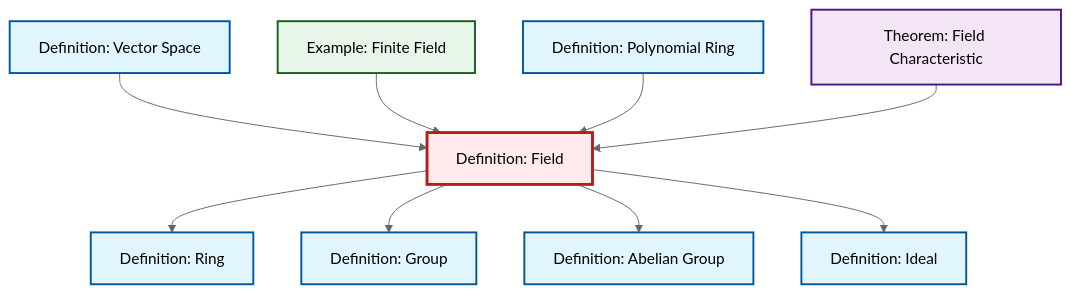
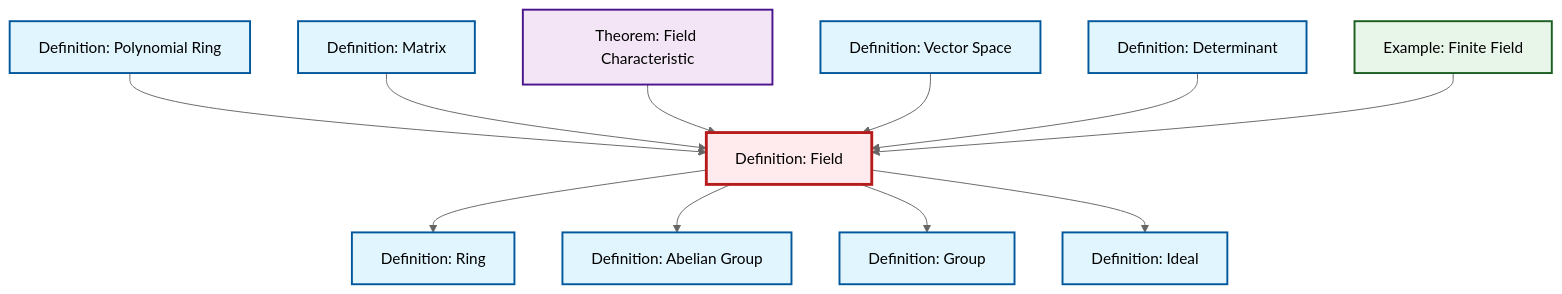
Before and after one commit to RK0429/ModernMath: the diagram in content/ja/algebra/def-field.qmd, drawn with Mermaid (neutral theme). The commit also changed 531 other files, not shown here.

````diff
--- a/content/ja/algebra/def-field.qmd
+++ b/content/ja/algebra/def-field.qmd
@@ -58,35 +58,41 @@
 ```{mermaid}
 %%| fig-cap: "Local dependency graph"
 graph TD
     classDef definition fill:#e1f5fe,stroke:#01579b,stroke-width:2px
     classDef theorem fill:#f3e5f5,stroke:#4a148c,stroke-width:2px
     classDef axiom fill:#fff3e0,stroke:#e65100,stroke-width:2px
     classDef example fill:#e8f5e9,stroke:#1b5e20,stroke-width:2px
     classDef current fill:#ffebee,stroke:#b71c1c,stroke-width:3px
+    def-ideal["Definition: Ideal"]:::definition
+    def-abelian-group["Definition: Abelian Group"]:::definition
+    ex-finite-field["Example: Finite Field"]:::example
     def-field["Definition: Field"]:::definition
-    def-ideal["Definition: Ideal"]:::definition
+    def-determinant["Definition: Determinant"]:::definition
+    def-group["Definition: Group"]:::definition
+    thm-field-characteristic["Theorem: Field Characteristic"]:::theorem
     def-vector-space["Definition: Vector Space"]:::definition
+    def-matrix["Definition: Matrix"]:::definition
     def-ring["Definition: Ring"]:::definition
-    def-group["Definition: Group"]:::definition
-    ex-finite-field["Example: Finite Field"]:::example
-    def-abelian-group["Definition: Abelian Group"]:::definition
     def-polynomial-ring["Definition: Polynomial Ring"]:::definition
-    thm-field-characteristic["Theorem: Field Characteristic"]:::theorem
+    def-field --> def-ring
+    def-polynomial-ring --> def-field
+    def-matrix --> def-field
+    thm-field-characteristic --> def-field
+    def-field --> def-abelian-group
     def-vector-space --> def-field
-    def-field --> def-ring
+    def-determinant --> def-field
+    def-field --> def-group
+    def-field --> def-ideal
     ex-finite-field --> def-field
-    def-field --> def-group
-    def-field --> def-abelian-group
-    def-polynomial-ring --> def-field
-    thm-field-characteristic --> def-field
-    def-field --> def-ideal
     class def-field current
     click def-ideal "def-ideal.html" "Definition: Idealへ"
+    click def-abelian-group "def-abelian-group.html" "Definition: Abelian Groupへ"
+    click ex-finite-field "ex-finite-field.html" "Example: Finite Fieldへ"
+    click def-determinant "def-determinant.html" "Definition: Determinantへ"
+    click def-group "def-group.html" "Definition: Groupへ"
+    click thm-field-characteristic "thm-field-characteristic.html" "Theorem: Field Characteristicへ"
     click def-vector-space "def-vector-space.html" "Definition: Vector Spaceへ"
+    click def-matrix "def-matrix.html" "Definition: Matrixへ"
     click def-ring "def-ring.html" "Definition: Ringへ"
-    click def-group "def-group.html" "Definition: Groupへ"
-    click ex-finite-field "ex-finite-field.html" "Example: Finite Fieldへ"
-    click def-abelian-group "def-abelian-group.html" "Definition: Abelian Groupへ"
     click def-polynomial-ring "def-polynomial-ring.html" "Definition: Polynomial Ringへ"
-    click thm-field-characteristic "thm-field-characteristic.html" "Theorem: Field Characteristicへ"
 ```
````
